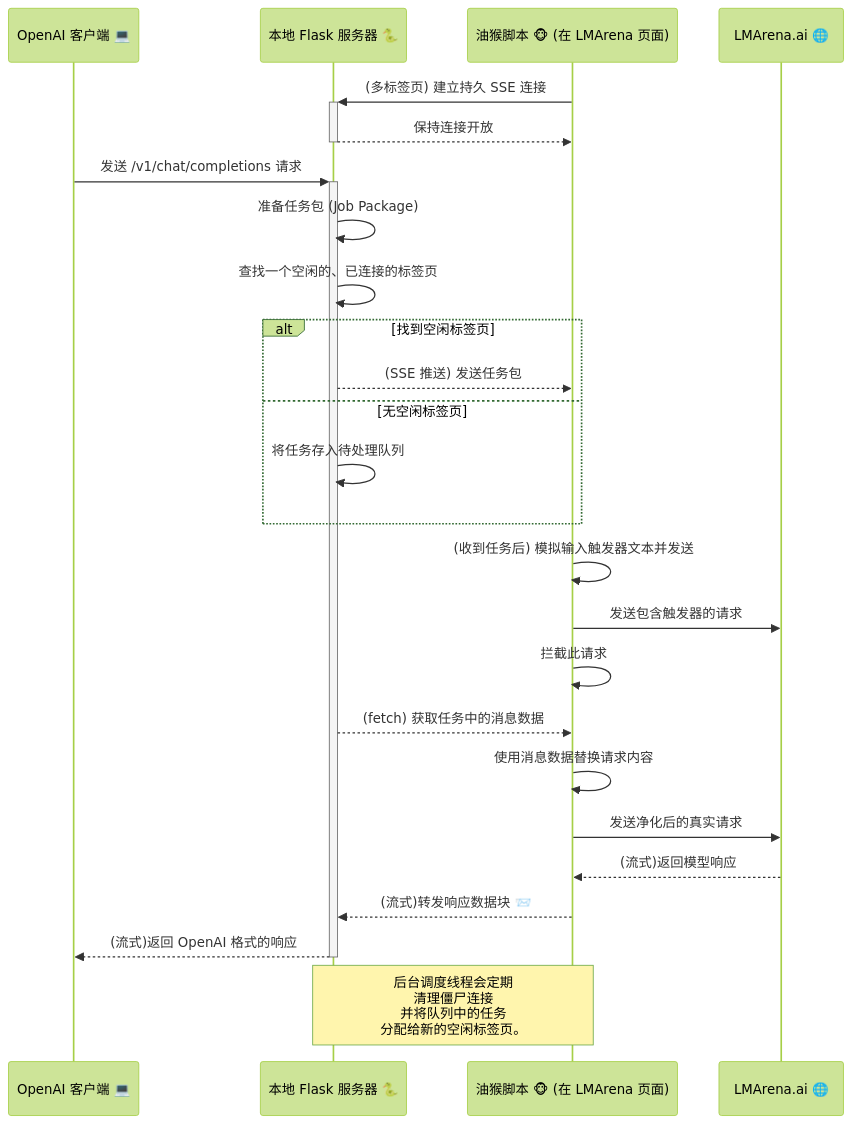
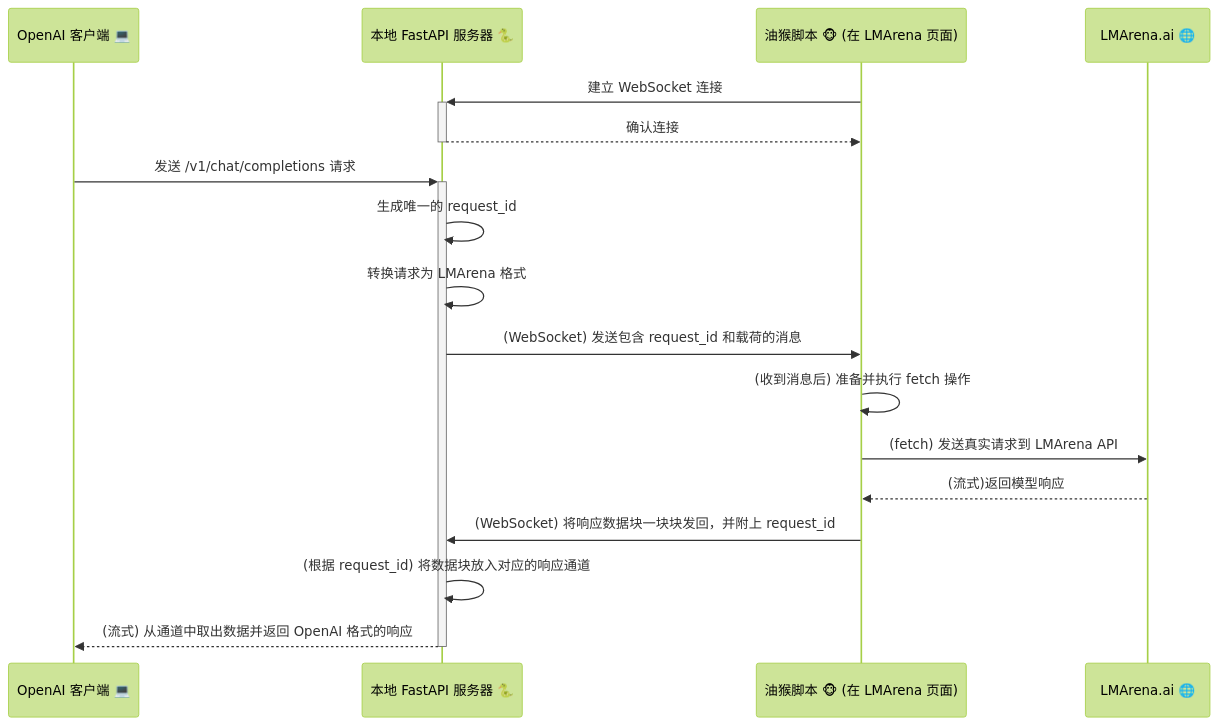
The diagram in README.md (sergss/LMArenaBridge), drawn with Mermaid (forest theme) before and after one commit. The commit also changed other lines of this file and 10 other files, not shown here.

````diff
--- a/README.md
+++ b/README.md
@@ -164,31 +89,23 @@
 ```mermaid
 sequenceDiagram
     participant C as OpenAI 客户端 💻
-    participant S as 本地 Flask 服务器 🐍
+    participant S as 本地 FastAPI 服务器 🐍
     participant T as 油猴脚本 🐵 (在 LMArena 页面)
     participant L as LMArena.ai 🌐
 
-    T->>+S: (多标签页) 建立持久 SSE 连接
-    S-->>-T: 保持连接开放
+    T->>+S: 建立 WebSocket 连接
+    S-->>-T: 确认连接
 
     C->>+S: 发送 /v1/chat/completions 请求
-    S->>S: 准备任务包 (Job Package)
-    S->>S: 查找一个空闲的、已连接的标签页
-    alt 找到空闲标签页
-        S-->>T: (SSE 推送) 发送任务包
-    else 无空闲标签页
-        S->>S: 将任务存入待处理队列
-    end
-
-    T->>T: (收到任务后) 模拟输入触发器文本并发送
-    T->>L: 发送包含触发器的请求
-    T->>T: 拦截此请求
-    S-->>T: (fetch) 获取任务中的消息数据
-    T->>T: 使用消息数据替换请求内容
-    T->>L: 发送净化后的真实请求
+    S->>S: 生成唯一的 request_id
+    S->>S: 转换请求为 LMArena 格式
+    S->>T: (WebSocket) 发送包含 request_id 和载荷的消息
+    
+    T->>T: (收到消息后) 准备并执行 fetch 操作
+    T->>L: (fetch) 发送真实请求到 LMArena API
     L-->>T: (流式)返回模型响应
-    T-->>S: (流式)转发响应数据块 📨
-    S-->>-C: (流式)返回 OpenAI 格式的响应
     
-    Note over S,T: 后台调度线程会定期<br/>清理僵尸连接<br/>并将队列中的任务<br/>分配给新的空闲标签页。
+    T->>S: (WebSocket) 将响应数据块一块块发回，并附上 request_id
+    S->>S: (根据 request_id) 将数据块放入对应的响应通道
+    S-->>-C: (流式) 从通道中取出数据并返回 OpenAI 格式的响应
 ```
````
